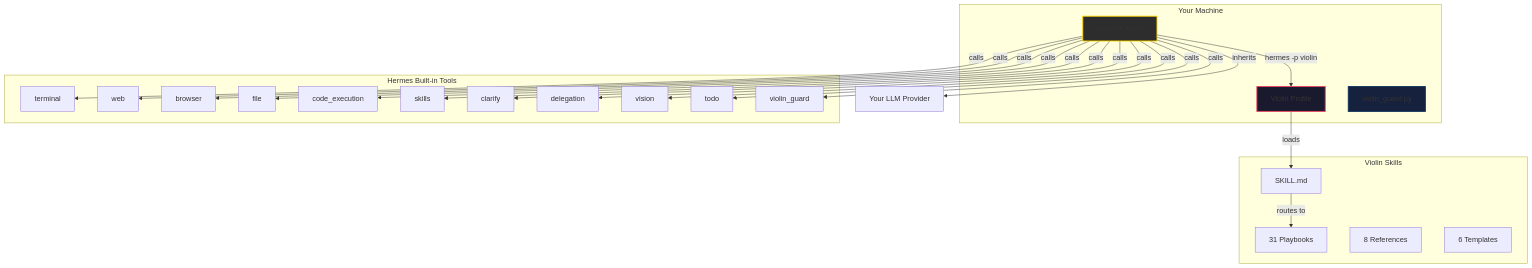
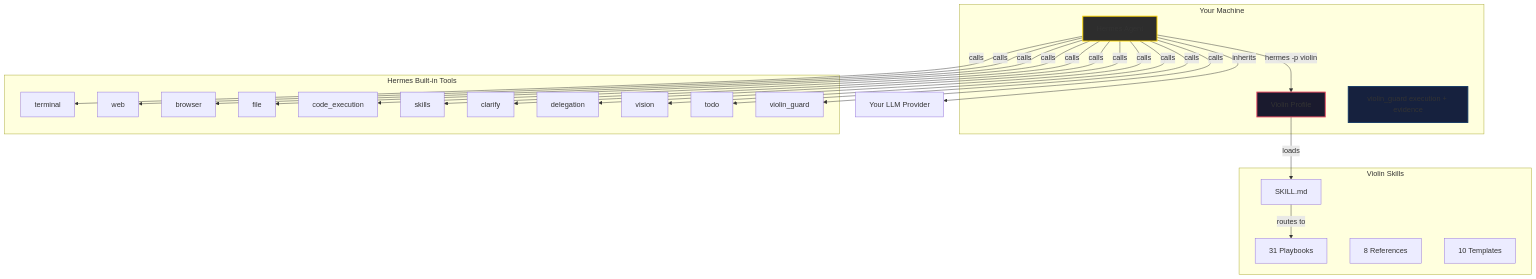
Before and after one commit to Strategic-Automation/violin: the second of 3 diagrams in README.md, drawn with Mermaid. The commit also changed other lines of this file and 78 other files, not shown here.

````diff
--- a/README.md
+++ b/README.md
@@ -111,41 +111,41 @@
 ```mermaid
 graph TB
     subgraph "Your Machine"
         HE["Hermes Agent"]
         VI["Violin Profile"]
-        GUARD["violin_guard.py"]
+        GUARD["violin_guard execution + evidence"]
     end
     
     subgraph "Violin Skills"
         SK["SKILL.md"]
         PB["31 Playbooks"]
         REF["8 References"]
-        TEMP["6 Templates"]
+        TEMP["10 Templates"]
     end
     
     subgraph "Hermes Built-in Tools"
         T["terminal"]
         W["web"]
         B["browser"]
         F["file"]
         CE["code_execution"]
         S["skills"]
         CL["clarify"]
         D["delegation"]
         V["vision"]
         TD["todo"]
         VG["violin_guard"]
     end
     
     LLM["Your LLM Provider"]
     
     HE -->|"hermes -p violin"| VI
     VI -->|"loads"| SK
     SK -->|"routes to"| PB
     HE -->|"calls"| T & W & B & F & CE & S & CL & D & V & TD & VG
     HE -->|"inherits"| LLM
 
     style HE fill:#2d2d2d,stroke:#ffd700,stroke-width:2px
     style VI fill:#1a1a2e,stroke:#e94560,stroke-width:2px
     style GUARD fill:#16213e,stroke:#0f3460,stroke-width:2px
 ```
````
